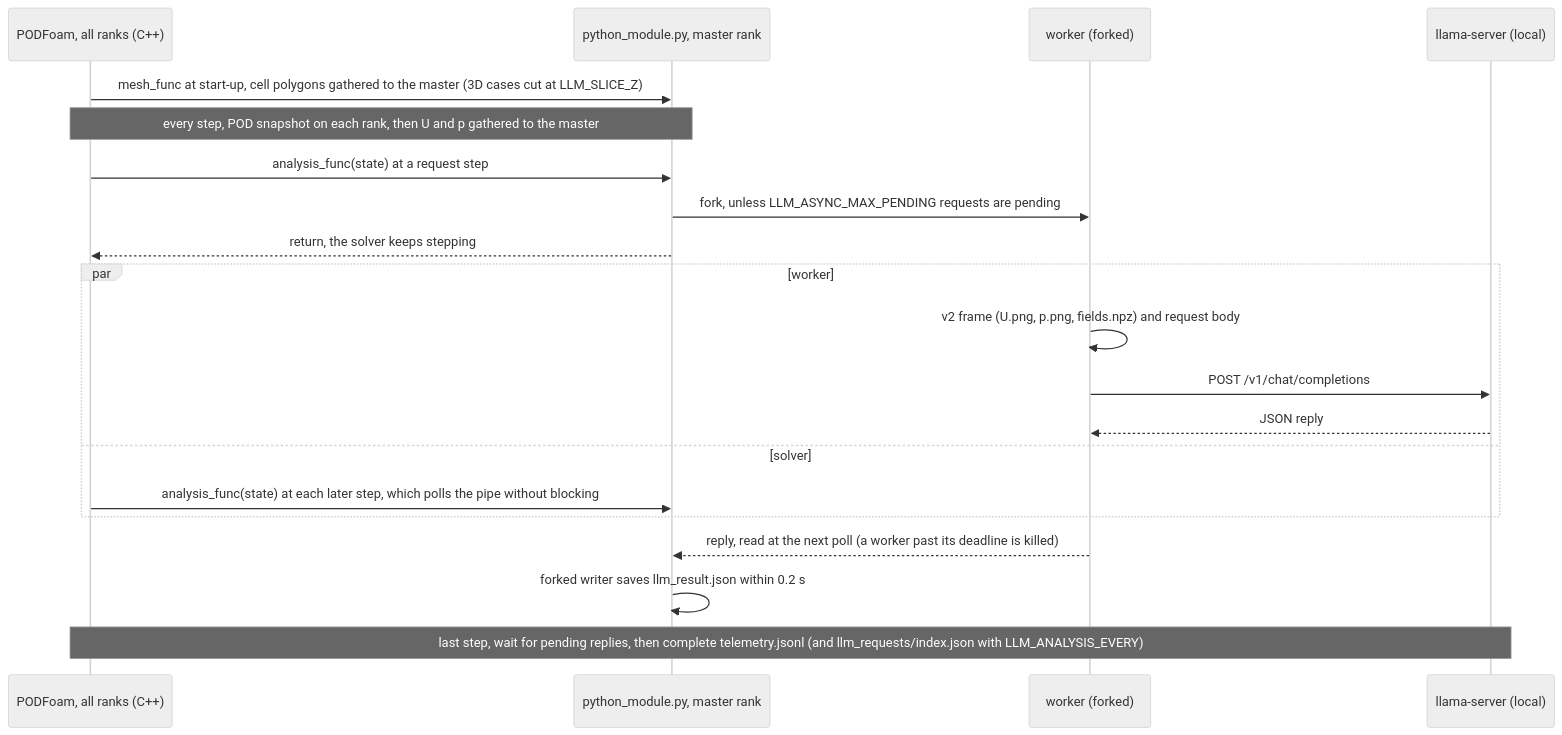
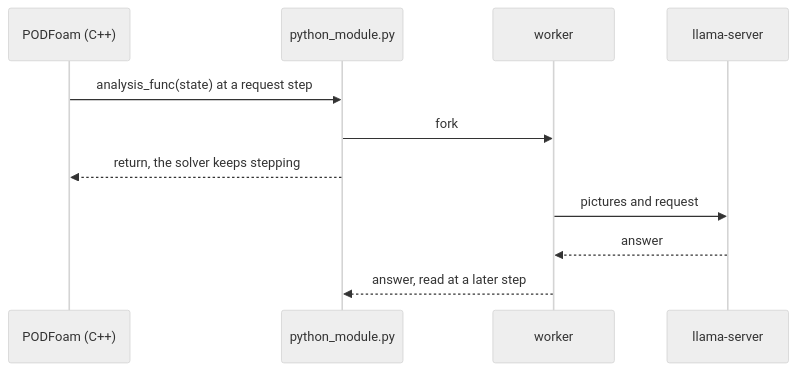
One commit to seungminyome/PythonFOAM changed the diagram in README.md. Above: the diagram before and after it, drawn with Mermaid (neutral theme). The commit also changed other lines of this file and 2 other files, not shown here.

````diff
--- a/README.md
+++ b/README.md
@@ -85,22 +59,13 @@
 ```mermaid
 sequenceDiagram
-    participant S as PODFoam, all ranks (C++)
-    participant P as python_module.py, master rank
-    participant W as worker (forked)
-    participant L as llama-server (local)
-    S->>P: mesh_func at start-up, cell polygons gathered to the master (3D cases cut at LLM_SLICE_Z)
-    Note over S,P: every step, POD snapshot on each rank, then U and p gathered to the master
+    participant S as PODFoam (C++)
+    participant P as python_module.py
+    participant W as worker
+    participant L as llama-server
     S->>P: analysis_func(state) at a request step
-    P->>W: fork, unless LLM_ASYNC_MAX_PENDING requests are pending
+    P->>W: fork
     P-->>S: return, the solver keeps stepping
-    par worker
-        W->>W: v2 frame (U.png, p.png, fields.npz) and request body
-        W->>L: POST /v1/chat/completions
-        L-->>W: JSON reply
-    and solver
-        S->>P: analysis_func(state) at each later step, which polls the pipe without blocking
-    end
-    W-->>P: reply, read at the next poll (a worker past its deadline is killed)
-    P->>P: forked writer saves llm_result.json within 0.2 s
-    Note over S,L: last step, wait for pending replies, then complete telemetry.jsonl (and llm_requests/index.json with LLM_ANALYSIS_EVERY)
+    W->>L: pictures and request
+    L-->>W: answer
+    W-->>P: answer, read at a later step
 ```
````
